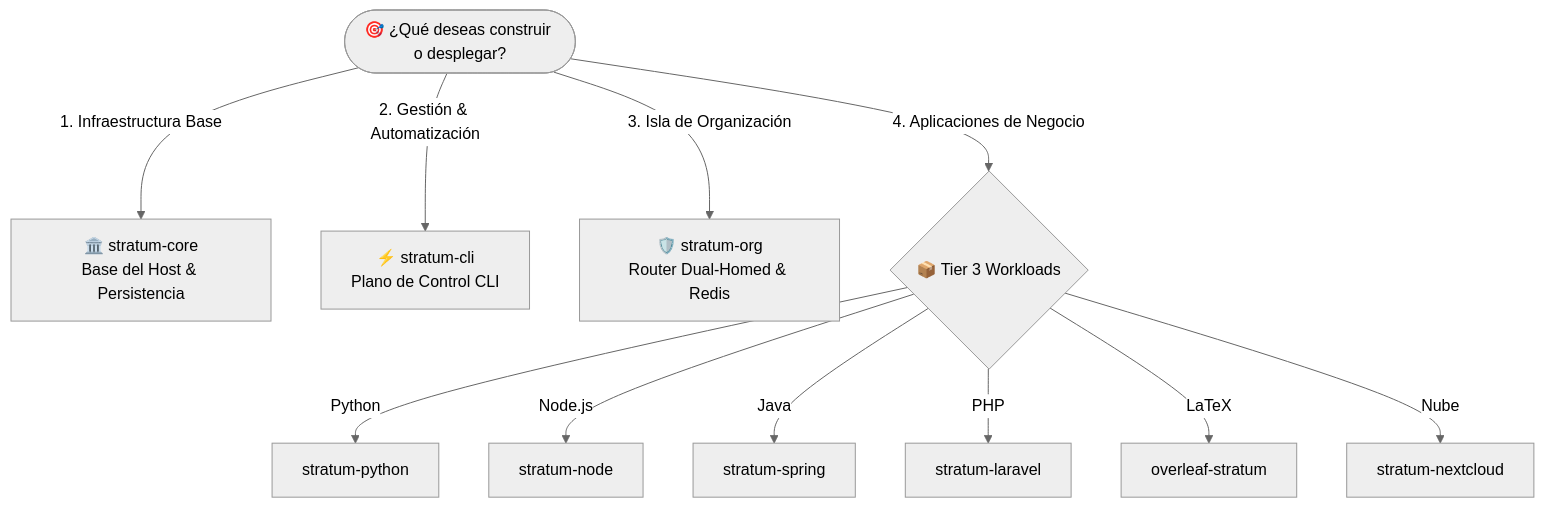
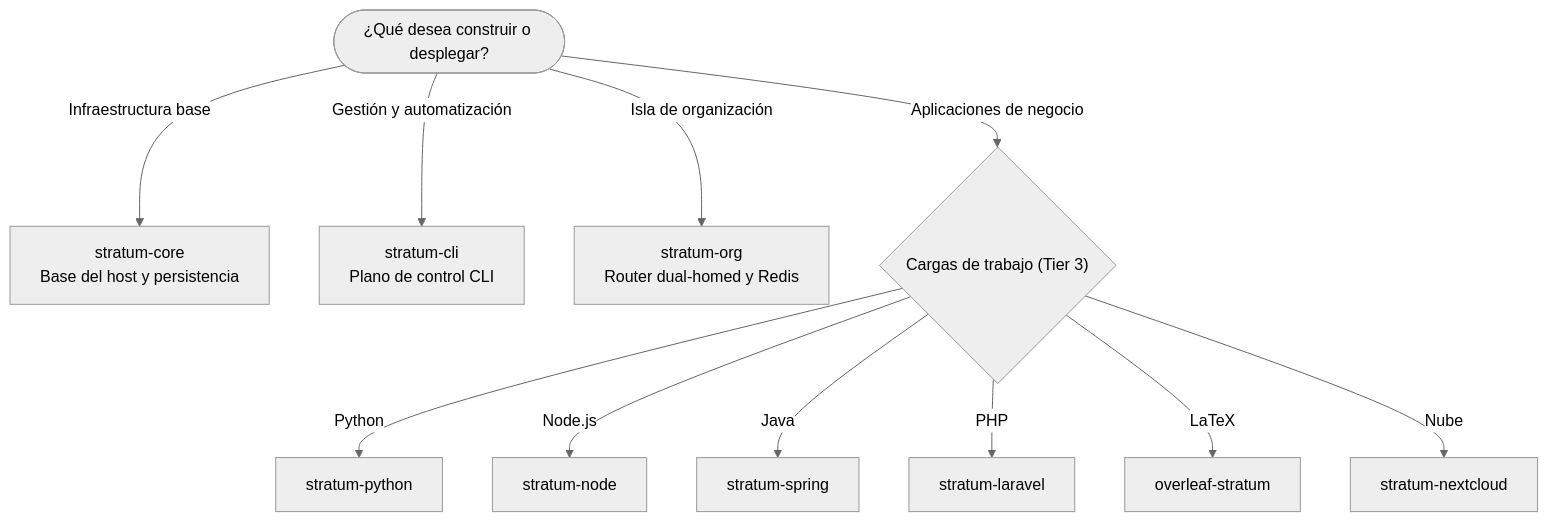
Before and after one commit to isora-cloud-group/stratum-hub: the first of 4 diagrams in README.md, drawn with Mermaid (neutral theme). The commit also changed other lines of this file, not shown here.

````diff
--- a/README.md
+++ b/README.md
@@ -57,16 +46,16 @@
 ```mermaid
 flowchart TD
-    START(["🎯 ¿Qué deseas construir o desplegar?"])
+    START(["¿Qué desea construir o desplegar?"])
     
-    START -->|"1. Infraestructura Base"| CORE["🏛️ stratum-core<br/>Base del Host & Persistencia"]
-    START -->|"2. Gestión & Automatización"| CLI["⚡ stratum-cli<br/>Plano de Control CLI"]
-    START -->|"3. Isla de Organización"| ORG["🛡️ stratum-org<br/>Router Dual-Homed & Redis"]
-    START -->|"4. Aplicaciones de Negocio"| APPS{"📦 Tier 3 Workloads"}
+    START -->|"Infraestructura base"| CORE["stratum-core<br/>Base del host y persistencia"]
+    START -->|"Gestión y automatización"| CLI["stratum-cli<br/>Plano de control CLI"]
+    START -->|"Isla de organización"| ORG["stratum-org<br/>Router dual-homed y Redis"]
+    START -->|"Aplicaciones de negocio"| APPS{"Cargas de trabajo (Tier 3)"}
     
     APPS -->|"Python"| W_PY["stratum-python"]
     APPS -->|"Node.js"| W_JS["stratum-node"]
     APPS -->|"Java"| W_JV["stratum-spring"]
     APPS -->|"PHP"| W_PHP["stratum-laravel"]
     APPS -->|"LaTeX"| W_TEX["overleaf-stratum"]
     APPS -->|"Nube"| W_NC["stratum-nextcloud"]
 ```
````
